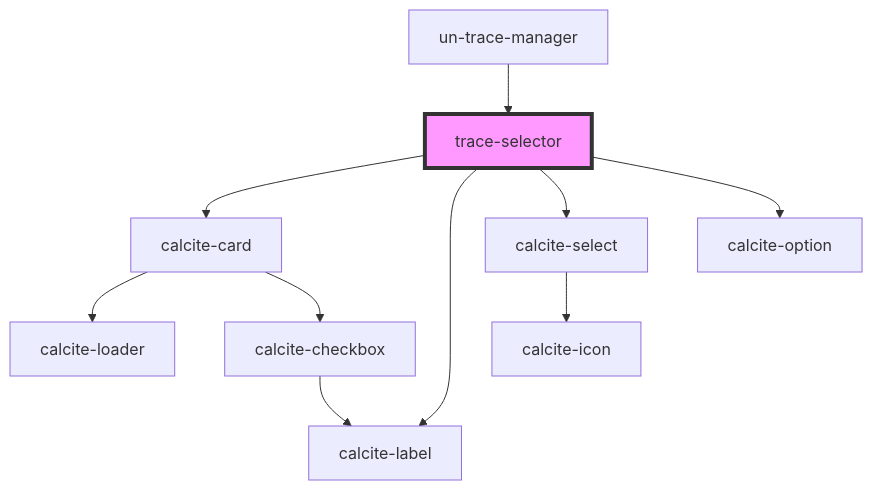
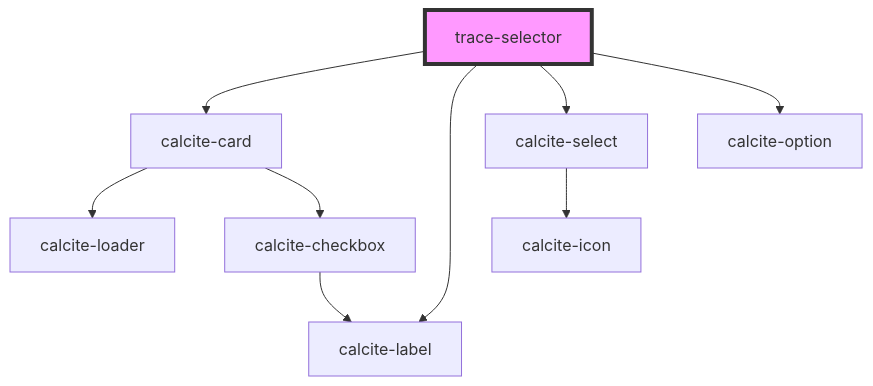
One commit to epekcan/solutions-widget-utility-network-trace changed the diagram in un-web-component/src/components/un-trace-manager/trace-selector/readme.md. Above: the diagram before and after it, drawn with Mermaid. The commit also changed other lines of this file and 8 other files, not shown here.

````diff
--- a/un-web-component/src/components/un-trace-manager/trace-selector/readme.md
+++ b/un-web-component/src/components/un-trace-manager/trace-selector/readme.md
@@ -22,13 +18,12 @@
 ```mermaid
 graph TD;
   trace-selector --> calcite-card
   trace-selector --> calcite-label
   trace-selector --> calcite-select
   trace-selector --> calcite-option
   calcite-card --> calcite-loader
   calcite-card --> calcite-checkbox
   calcite-checkbox --> calcite-label
   calcite-select --> calcite-icon
-  un-trace-manager --> trace-selector
   style trace-selector fill:#f9f,stroke:#333,stroke-width:4px
 ```
````
